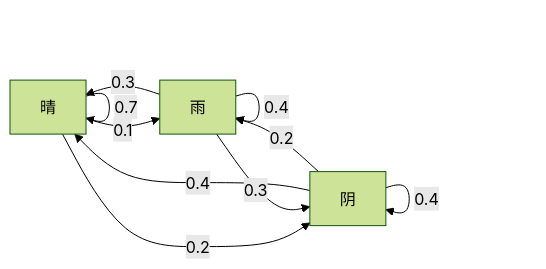
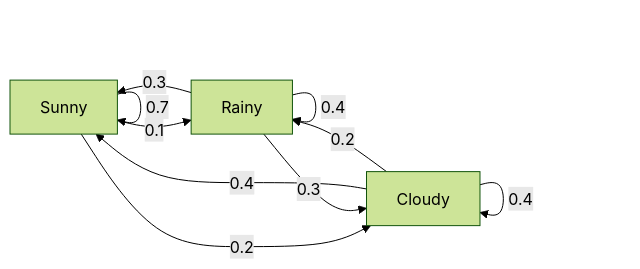
Before and after one commit to omigaZen/ai-engineering-from-scratch: the first of 2 diagrams in phases/01-math-foundations/22-stochastic-processes/docs/zh.md, drawn with Mermaid (forest theme). The commit also changed other lines of this file and 9 other files, not shown here.

````diff
--- a/phases/01-math-foundations/22-stochastic-processes/docs/zh.md
+++ b/phases/01-math-foundations/22-stochastic-processes/docs/zh.md
@@ -84,12 +84,12 @@
 ```mermaid
 graph LR
-    S["晴"] -->|0.7| S
-    S -->|0.1| R["雨"]
-    S -->|0.2| C["阴"]
+    S["Sunny"] -->|0.7| S
+    S -->|0.1| R["Rainy"]
+    S -->|0.2| C["Cloudy"]
     R -->|0.3| S
     R -->|0.4| R
     R -->|0.3| C
     C -->|0.4| S
     C -->|0.2| R
     C -->|0.4| C
 ```
````
